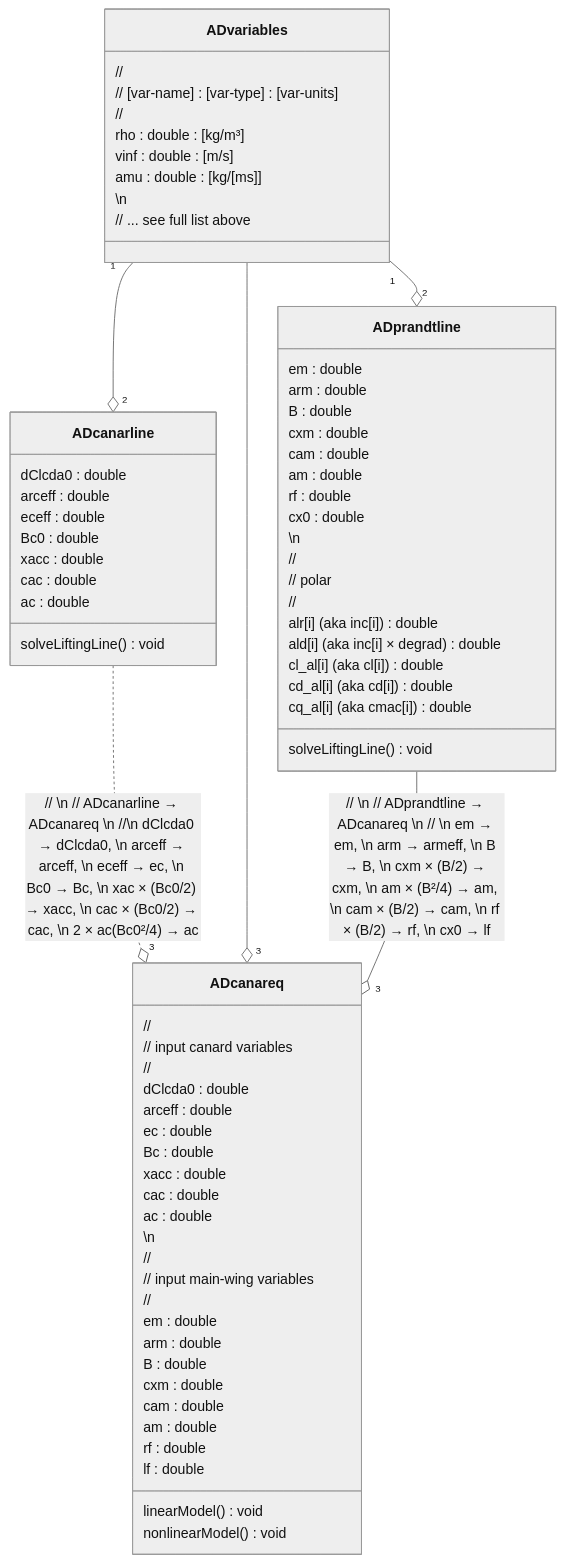
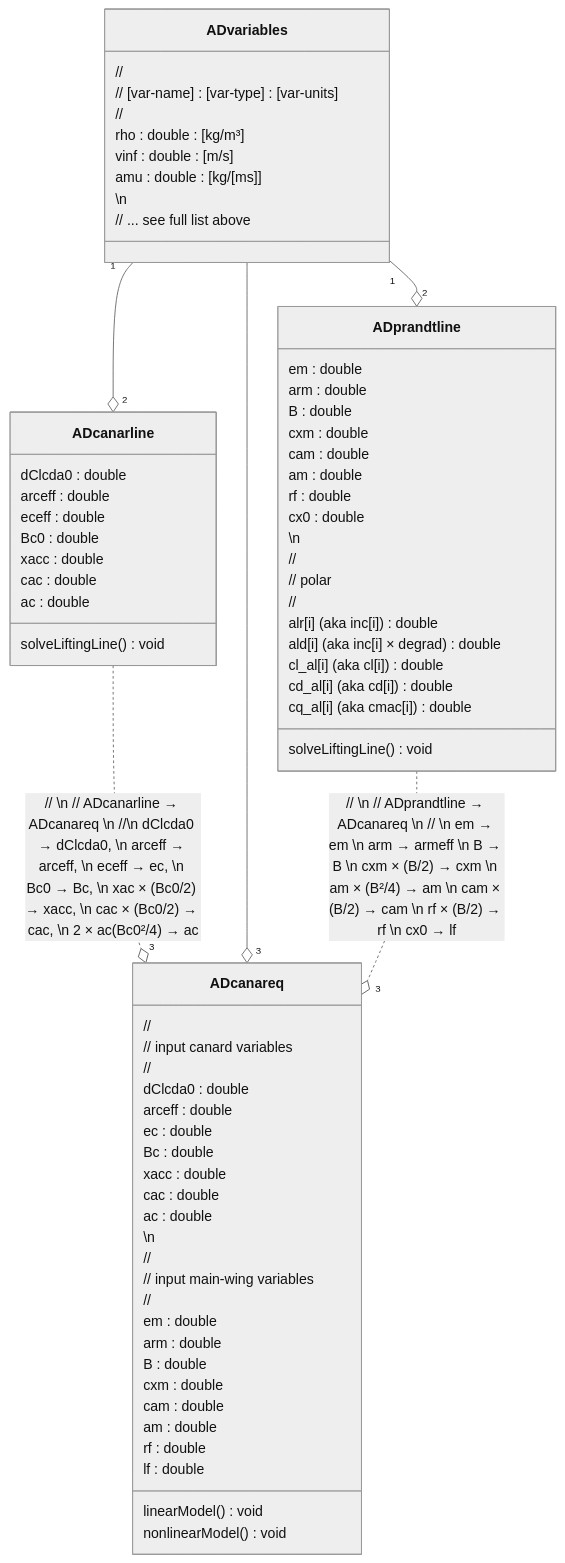
One commit to Transonic-Integrated-AeroDesign/AeroDes changed the second of 2 diagrams in src/readme.md. Above: the diagram before and after it, drawn with Mermaid (neutral theme). The commit also changed other lines of this file and 2 other files, not shown here.

````diff
--- a/src/readme.md
+++ b/src/readme.md
@@ -44,80 +57,80 @@
 ```mermaid
 classDiagram
   direction TB
   
   class ADvariables {
     // 
     // [var-name] : [var-type] : [var-units]
     //
     rho : double : [kg/m&sup3]
     vinf : double : [m/s]
     amu : double : [kg/[ms]]
     \n
     // ... see full list above
   }
   class ADcanarline{
     dClcda0 : double
     arceff : double
     eceff : double
     Bc0 : double
     xacc : double
     cac : double
     ac : double
     
     solveLiftingLine() void
   }
   class ADprandtline{
     em : double
     arm : double
     B : double
     cxm : double
     cam : double
     am : double
     rf : double
     cx0 : double
     \n
     //
     // polar
     //
     alr[i] &#40aka inc[i]&#41 : double
     ald[i] &#40aka inc[i] &times degrad&#41 : double
     cl_al[i] &#40aka cl[i]&#41 : double
     cd_al[i] &#40aka cd[i]&#41 : double
     cq_al[i] &#40aka cmac[i]&#41 : double
     
     solveLiftingLine() void
   }
   class ADcanareq{
     //
     // input canard variables
     //
     dClcda0 : double
     arceff : double
     ec : double
     Bc : double
     xacc : double
     cac : double
     ac : double
     \n
     //
     // input main-wing variables
     //
     em : double
     arm : double
     B : double
     cxm : double
     cam : double
     am : double
     rf : double
     lf : double
     
     linearModel() void
     nonlinearModel() void
   }
   
   ADvariables "1" --o "2" ADprandtline
   ADvariables "1" --o "2" ADcanarline
   ADcanarline ..o "3" ADcanareq : // \n // ADcanarline &#8594 ADcanareq \n //\n dClcda0 &#8594 dClcda0, \n arceff &#8594 arceff, \n eceff &#8594 ec, \n Bc0 &#8594 Bc, \n xac &times (Bc0/2) &#8594 xacc, \n cac &times (Bc0/2) &#8594 cac, \n 2 &times ac(Bc0&sup2/4) &#8594 ac
   ADvariables --o "3" ADcanareq
-  ADprandtline --o "3" ADcanareq : // \n // ADprandtline &#8594 ADcanareq \n // \n em &#8594 em, \n arm &#8594 armeff, \n B &#8594 B, \n cxm &times (B/2) &#8594 cxm, \n am &times (B&sup2/4) &#8594 am, \n cam &times (B/2) &#8594 cam, \n rf &times (B/2) &#8594 rf, \n cx0 &#8594 lf
+  ADprandtline ..o "3" ADcanareq : // \n // ADprandtline &#8594 ADcanareq \n // \n em &#8594 em \n arm &#8594 armeff \n B &#8594 B \n cxm &times (B/2) &#8594 cxm \n am &times (B&sup2/4) &#8594 am \n cam &times (B/2) &#8594 cam \n rf &times (B/2) &#8594 rf \n cx0 &#8594 lf
 ```
````
